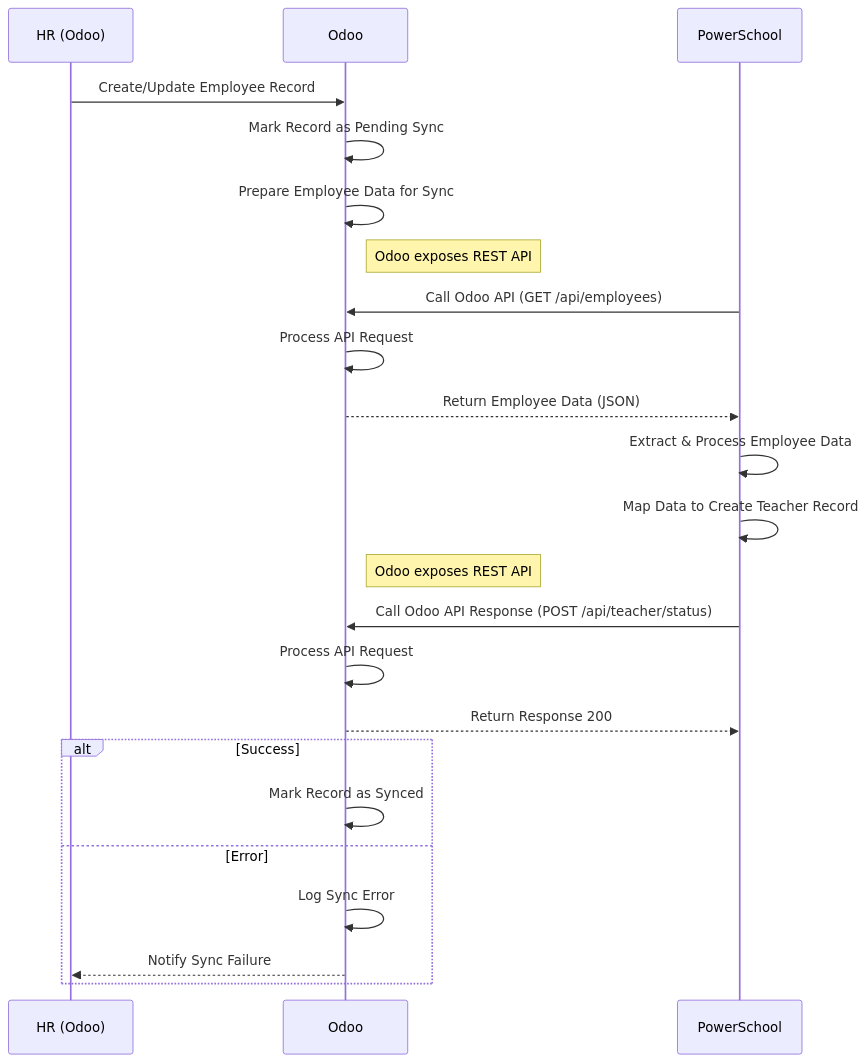
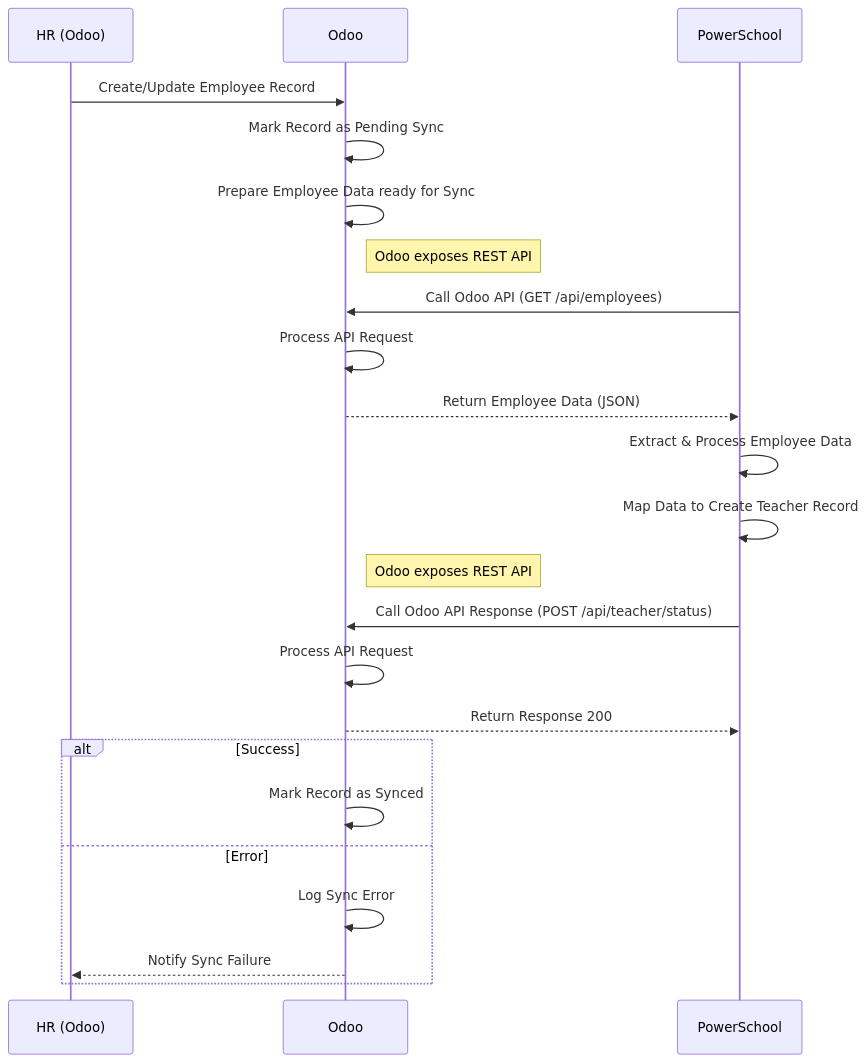
One commit to kamalyui9/lincoln_school changed the second of 3 diagrams in Odoo API.md. Above: the diagram before and after it, drawn with Mermaid. The commit also changed other lines of this file, not shown here.

Commit message:
Update Odoo API.md

````diff
--- a/Odoo API.md
+++ b/Odoo API.md
@@ -31,30 +31,30 @@
 ```mermaid
 sequenceDiagram
     participant Admin as HR (Odoo)
     participant Odoo as Odoo
     participant PowerSchool as PowerSchool
 
     Admin->>Odoo: Create/Update Employee Record
     Odoo->>Odoo: Mark Record as Pending Sync
-    Odoo->>Odoo: Prepare Employee Data for Sync
+    Odoo->>Odoo: Prepare Employee Data ready for Sync
     Note right of Odoo: Odoo exposes REST API
 
     PowerSchool->>Odoo: Call Odoo API (GET /api/employees)
     Odoo->>Odoo: Process API Request
     Odoo-->>PowerSchool: Return Employee Data (JSON)
     
     PowerSchool->>PowerSchool: Extract & Process Employee Data
     PowerSchool->>PowerSchool: Map Data to Create Teacher Record
     Note right of Odoo: Odoo exposes REST API
 
     PowerSchool->>Odoo: Call Odoo API Response (POST /api/teacher/status)
     Odoo->>Odoo: Process API Request
     Odoo-->>PowerSchool: Return Response 200
 
     alt Success
         Odoo->>Odoo: Mark Record as Synced
     else Error
         Odoo->>Odoo: Log Sync Error
         Odoo-->>Admin: Notify Sync Failure
     end
 ```
````
